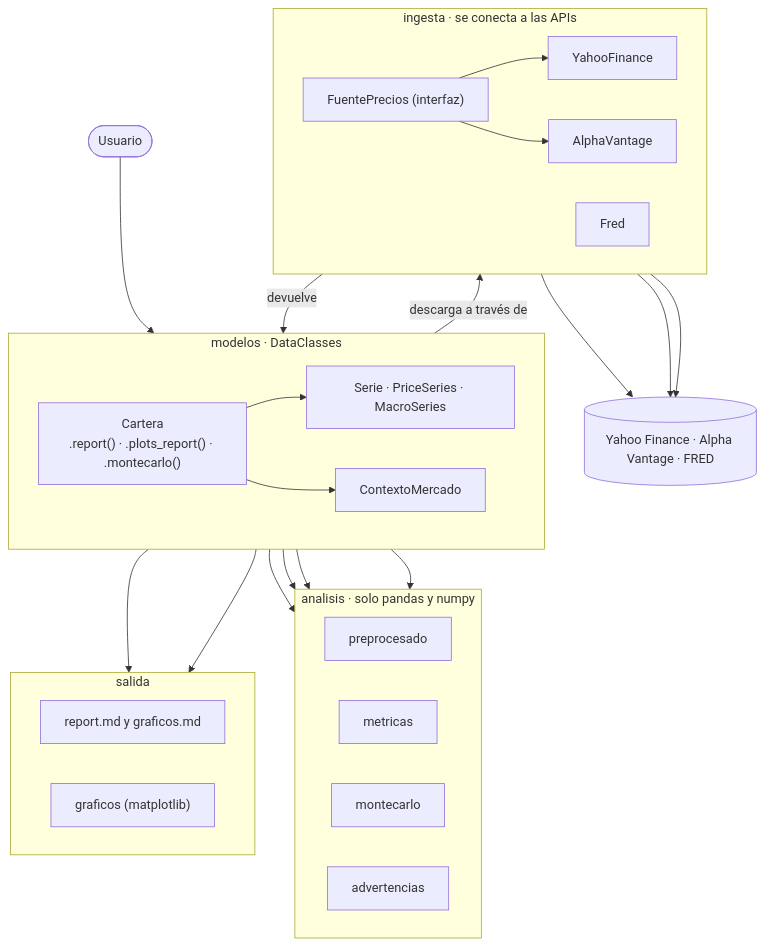
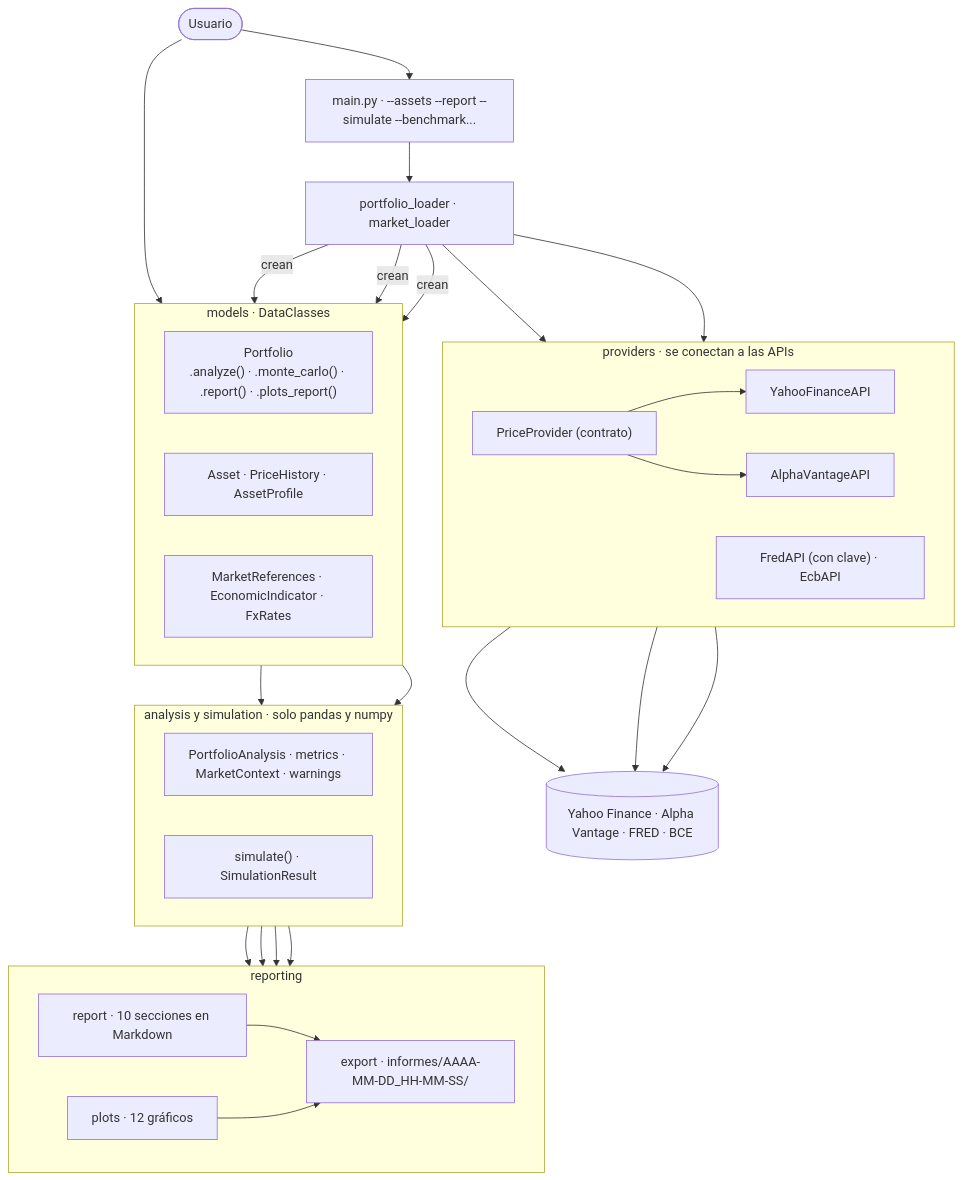
The first of 3 diagrams in docs/arquitectura.md (Diegopasfer1909/tallerb1-t1-equipo7), drawn with Mermaid before and after one commit. The commit also changed other lines of this file and 60 other files, not shown here.

````diff
--- a/docs/arquitectura.md
+++ b/docs/arquitectura.md
@@ -9,44 +9,48 @@
 ```mermaid
 flowchart TB
     usuario(["Usuario"])
+    main["main.py · --assets --report --simulate --benchmark..."]
+    loaders["portfolio_loader · market_loader"]
 
-    subgraph modelos["modelos · DataClasses"]
+    subgraph providers["providers · se conectan a las APIs"]
         direction LR
-        cartera["Cartera<br/>.report() · .plots_report() · .montecarlo()"]
-        series["Serie · PriceSeries · MacroSeries"]
-        mercado[ContextoMercado]
+        contrato["PriceProvider (contrato)"]
+        yahoo[YahooFinanceAPI]
+        av[AlphaVantageAPI]
+        fred["FredAPI (con clave) · EcbAPI"]
     end
 
-    subgraph ingesta["ingesta · se conecta a las APIs"]
+    subgraph models["models · DataClasses"]
         direction LR
-        fuente["FuentePrecios (interfaz)"]
-        yahoo[YahooFinance]
-        av[AlphaVantage]
-        fred[Fred]
+        portfolio["Portfolio<br/>.analyze() · .monte_carlo() · .report() · .plots_report()"]
+        asset["Asset · PriceHistory · AssetProfile"]
+        refs["MarketReferences · EconomicIndicator · FxRates"]
     end
 
-    subgraph analisis["analisis · solo pandas y numpy"]
+    subgraph calc["analysis y simulation · solo pandas y numpy"]
         direction LR
-        pre[preprocesado]
-        met[metricas]
-        mc[montecarlo]
-        adv[advertencias]
+        an["PortfolioAnalysis · metrics · MarketContext · warnings"]
+        sim["simulate() · SimulationResult"]
     end
 
-    subgraph salida["salida"]
+    subgraph reporting["reporting"]
         direction LR
-        rep["report.md y graficos.md"]
-        graf["graficos (matplotlib)"]
+        rep["report · 10 secciones en Markdown"]
+        plots["plots · 12 gráficos"]
+        exp["export · informes/AAAA-MM-DD_HH-MM-SS/"]
     end
 
-    apis[("Yahoo Finance · Alpha Vantage · FRED")]
+    apis[("Yahoo Finance · Alpha Vantage · FRED · BCE")]
 
-    usuario --> cartera
-    cartera -- "descarga a través de" --> fuente
-    fuente --> yahoo & av
+    usuario --> main --> loaders
+    usuario --> portfolio
+    loaders --> contrato
+    loaders --> fred
+    contrato --> yahoo & av
     yahoo & av & fred --> apis
-    ingesta -- "devuelve" --> series
-    cartera --> series & mercado
-    cartera --> pre & met & mc & adv
-    cartera --> rep & graf
+    loaders -- "crean" --> asset & refs & portfolio
+    portfolio --> an & sim
+    an --> rep & plots
+    sim --> rep & plots
+    rep & plots --> exp
 ```
````
